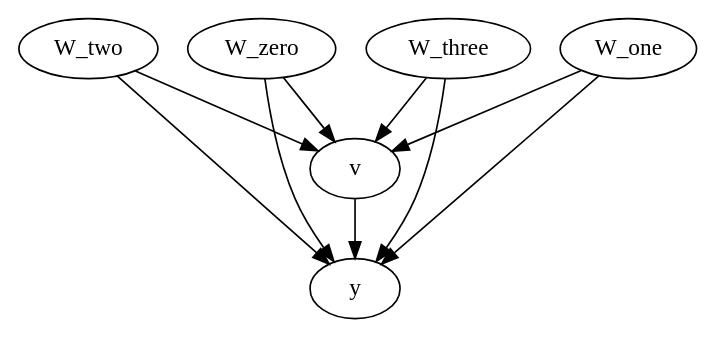
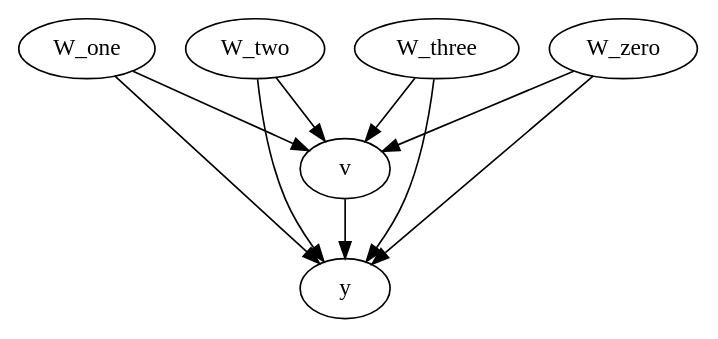
Before and after one commit to MLResearchAtOSRAM/cause2e: the diagram in output/linear_test.dot, drawn with Graphviz. The commit also changed 7 other files, not shown here.

```diff
--- a/output/linear_test.dot
+++ b/output/linear_test.dot
@@ -1,31 +1,31 @@
 digraph G {
-	graph [bb="0,0,372.04,180"];
+	graph [bb="0,0,371.99,180"];
 	node [label="\N"];
+	W_one	 [height=0.5,
+		pos="37.697,162",
+		width=1.0471];
+	y	 [height=0.5,
+		pos="180.7,18",
+		width=0.75];
+	W_one -> y	 [pos="e,166,33.595 53.272,145.53 78.789,120.19 129.57,69.77 158.73,40.811"];
 	v	 [height=0.5,
-		pos="185.35,90",
+		pos="180.7,90",
 		width=0.75];
-	y	 [height=0.5,
-		pos="185.35,18",
-		width=0.75];
-	v -> y	 [pos="e,185.35,36.104 185.35,71.697 185.35,63.983 185.35,54.712 185.35,46.112"];
+	W_one -> v	 [pos="e,159.54,101.36 63.262,148.49 87.732,136.51 124.65,118.44 150.54,105.76"];
+	v -> y	 [pos="e,180.7,36.104 180.7,71.697 180.7,63.983 180.7,54.712 180.7,46.112"];
 	W_two	 [height=0.5,
-		pos="38.347,162",
+		pos="131.7,162",
 		width=1.0652];
-	W_two -> v	 [pos="e,163.96,101.19 64.289,148.65 89.541,136.62 127.92,118.35 154.67,105.61"];
-	W_two -> y	 [pos="e,170.67,33.177 54.358,145.53 80.725,120.06 133.33,69.244 163.23,40.36"];
+	W_two -> y	 [pos="e,167.64,34.173 131.94,143.69 132.72,125.32 135.47,95.723 144.7,72 148.75,61.581 155.17,51.174 161.47,42.376"];
+	W_two -> v	 [pos="e,169.73,106.67 143.06,144.76 149.27,135.89 157.08,124.74 163.97,114.89"];
+	W_three	 [height=0.5,
+		pos="230.7,162",
+		width=1.1735];
+	W_three -> y	 [pos="e,193.7,34.193 230.21,143.68 229.18,125.31 226.07,95.711 216.7,72 212.59,61.603 206.16,51.202 199.86,42.401"];
+	W_three -> v	 [pos="e,191.78,106.51 218.85,144.41 212.5,135.53 204.58,124.44 197.6,114.67"];
 	W_zero	 [height=0.5,
-		pos="135.35,162",
+		pos="331.7,162",
 		width=1.1193];
-	W_zero -> v	 [pos="e,174.27,106.51 147.2,144.41 153.54,135.53 161.46,124.44 168.44,114.67"];
-	W_zero -> y	 [pos="e,172.34,34.193 135.84,143.68 136.86,125.31 139.98,95.711 149.35,72 153.46,61.603 159.89,51.202 166.18,42.401"];
-	W_three	 [height=0.5,
-		pos="236.35,162",
-		width=1.1735];
-	W_three -> v	 [pos="e,196.65,106.51 224.26,144.41 217.79,135.53 209.71,124.44 202.59,114.67"];
-	W_three -> y	 [pos="e,198.3,34.214 235.61,143.68 234.34,125.3 230.86,95.702 221.35,72 217.18,61.626 210.74,51.229 204.45,42.426"];
-	W_one	 [height=0.5,
-		pos="334.35,162",
-		width=1.0471];
-	W_one -> v	 [pos="e,207.13,101.23 308.39,148.81 282.74,136.75 243.47,118.31 216.23,105.51"];
-	W_one -> y	 [pos="e,200.22,33.177 318.12,145.53 291.39,120.06 238.07,69.244 207.76,40.36"];
+	W_zero -> y	 [pos="e,195.77,33.177 315.25,145.53 288.17,120.06 234.12,69.244 203.41,40.36"];
+	W_zero -> v	 [pos="e,202.56,101.14 304.7,148.49 278.6,136.38 239.08,118.06 211.7,105.37"];
 }
```
